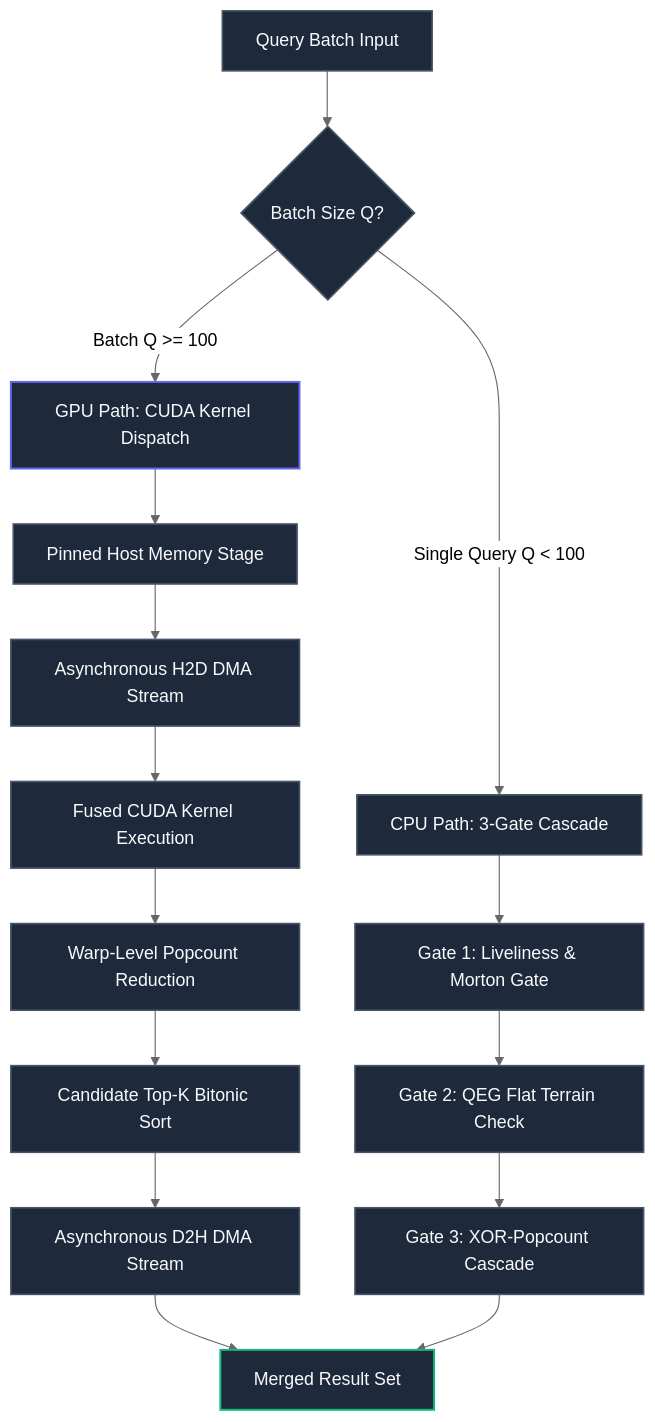
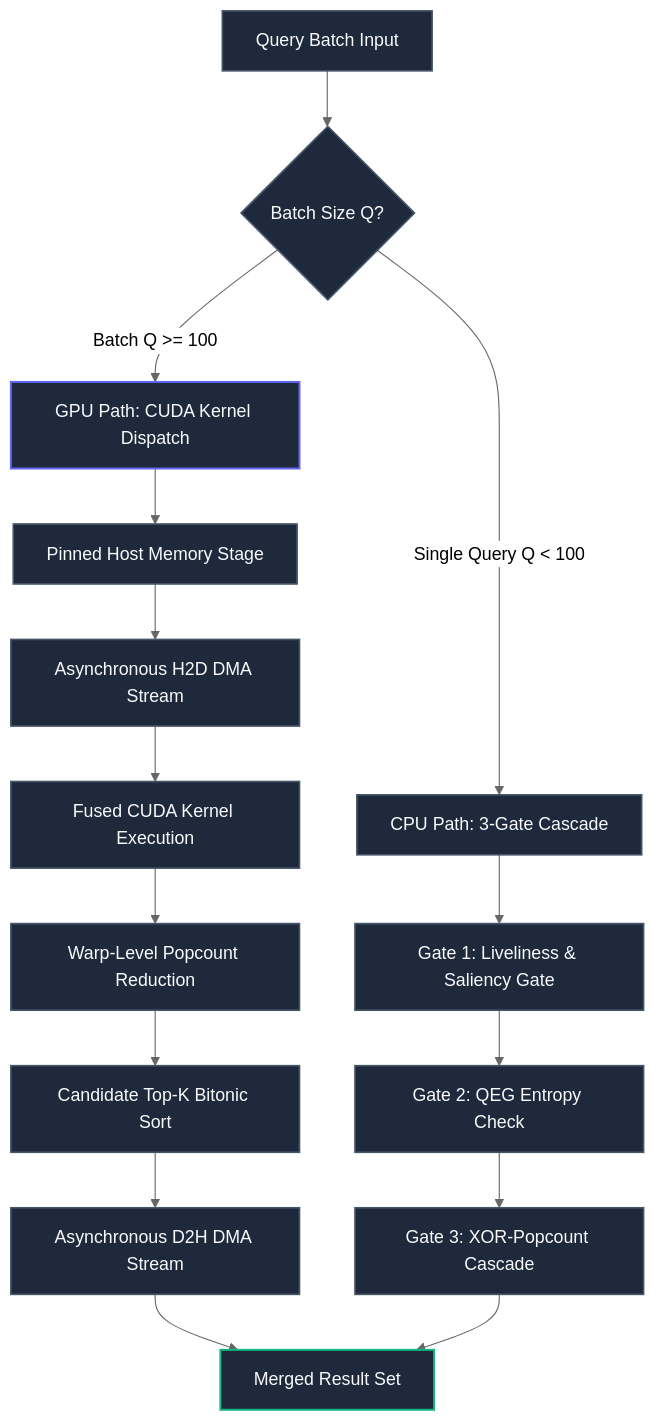
One commit to F1nnSBK/Pithos changed the diagram in docs/cuda_integration.md. Above: the diagram before and after it, drawn with Mermaid (neutral theme). The commit also changed other lines of this file and 5 other files, not shown here.

````diff
--- a/docs/cuda_integration.md
+++ b/docs/cuda_integration.md
@@ -45,24 +45,24 @@
 ```mermaid
 graph TD
     classDef darkBox fill:#1e293b,stroke:#475569,stroke-width:1.5px,color:#f8fafc;
     classDef highlightBox fill:#1e293b,stroke:#6366f1,stroke-width:1.8px,color:#f8fafc;
     classDef accentBox fill:#1e293b,stroke:#10b981,stroke-width:1.8px,color:#f8fafc;
 
     A[Query Batch Input]:::darkBox --> B{Batch Size Q?}:::darkBox
     B -->|Single Query Q < 100| C[CPU Path: 3-Gate Cascade]:::darkBox
     B -->|Batch Q >= 100| D[GPU Path: CUDA Kernel Dispatch]:::highlightBox
     
     D --> D1[Pinned Host Memory Stage]:::darkBox
     D1 --> D2[Asynchronous H2D DMA Stream]:::darkBox
     D2 --> D3[Fused CUDA Kernel Execution]:::darkBox
     D3 --> D4[Warp-Level Popcount Reduction]:::darkBox
     D4 --> D5[Candidate Top-K Bitonic Sort]:::darkBox
     D5 --> D6[Asynchronous D2H DMA Stream]:::darkBox
     
-    C --> C1[Gate 1: Liveliness & Morton Gate]:::darkBox
-    C1 --> C2[Gate 2: QEG Flat Terrain Check]:::darkBox
+    C --> C1[Gate 1: Liveliness & Saliency Gate]:::darkBox
+    C1 --> C2[Gate 2: QEG Entropy Check]:::darkBox
     C2 --> C3[Gate 3: XOR-Popcount Cascade]:::darkBox
     
     D6 --> E[Merged Result Set]:::accentBox
     C3 --> E
 ```
````
